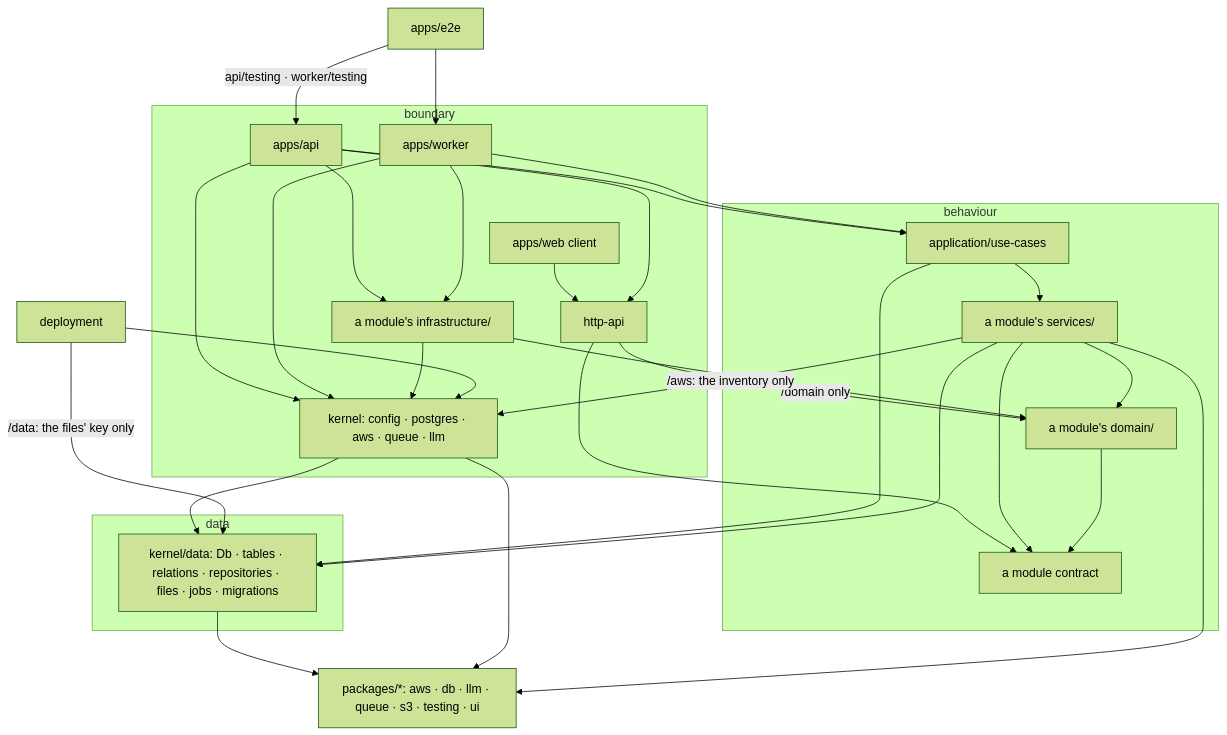
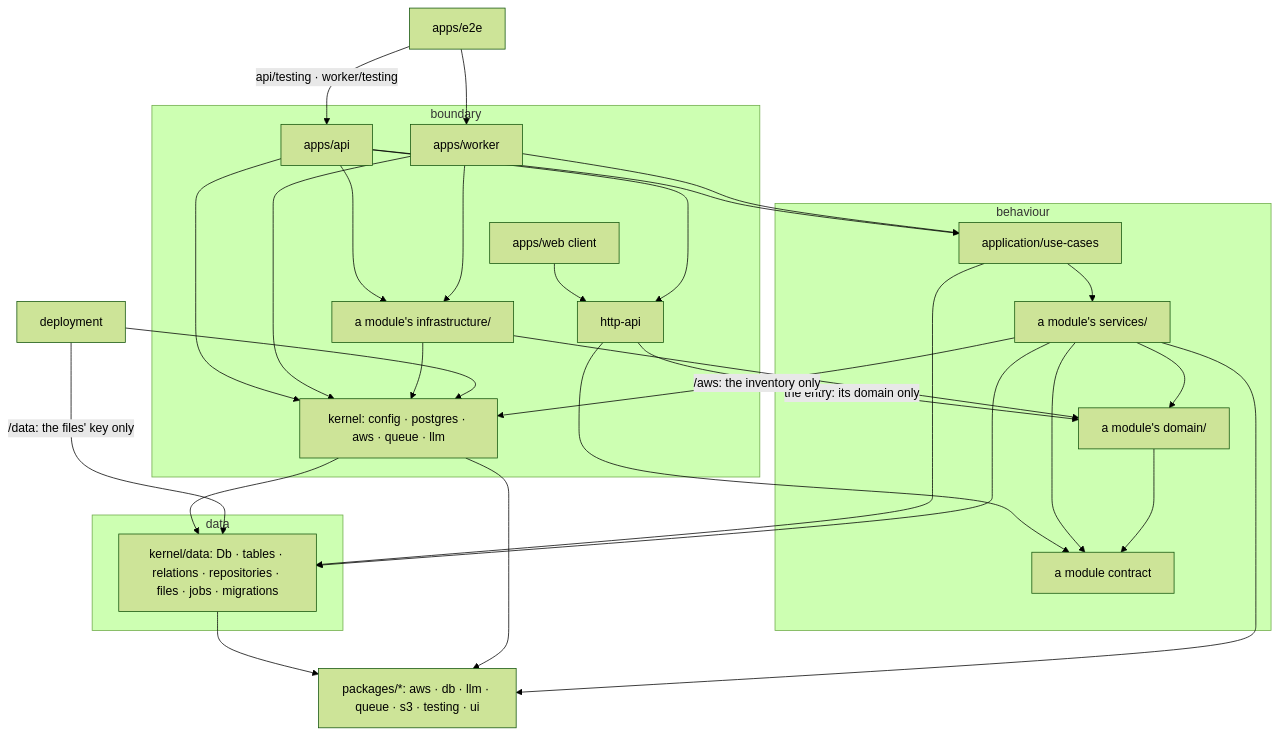
The diagram in docs/knowledge/architecture.md (khotei/app-template), drawn with Mermaid (forest theme) before and after one commit. The commit also changed other lines of this file and 14 other files, not shown here.

````diff
--- a/docs/knowledge/architecture.md
+++ b/docs/knowledge/architecture.md
@@ -36,47 +36,47 @@
 ```mermaid
 graph TD
   subgraph boundary["boundary"]
     web["apps/web client"]
     api["apps/api"]
     worker["apps/worker"]
     httpApi["http-api"]
     kernelOut["kernel: config · postgres · aws · queue · llm"]
     infra["a module's infrastructure/"]
   end
   subgraph behaviour["behaviour"]
     useCases["application/use-cases"]
     services["a module's services/"]
     domain["a module's domain/"]
     contract["a module contract"]
   end
   subgraph data["data"]
     db["kernel/data: Db · tables · relations · repositories · files · jobs · migrations"]
   end
   web --> httpApi
   api --> httpApi
   api --> useCases
   api --> infra
   api --> kernelOut
   worker --> useCases
   worker --> infra
   worker --> kernelOut
-  httpApi -->|"/domain only"| domain
+  httpApi -->|"the entry: its domain only"| domain
   httpApi --> contract
   useCases --> services
   useCases --> db
   infra --> domain
   infra --> kernelOut
   services --> domain
   services --> db
   services --> contract
   services -->|"/aws: the inventory only"| kernelOut
   domain --> contract
   kernelOut --> db
   db --> packages["packages/*: aws · db · llm · queue · s3 · testing · ui"]
   kernelOut --> packages
   services --> packages
   deployment --> kernelOut
   deployment -->|"/data: the files' key only"| db
   e2e["apps/e2e"] -->|"api/testing · worker/testing"| api
   e2e --> worker
 ```
````
